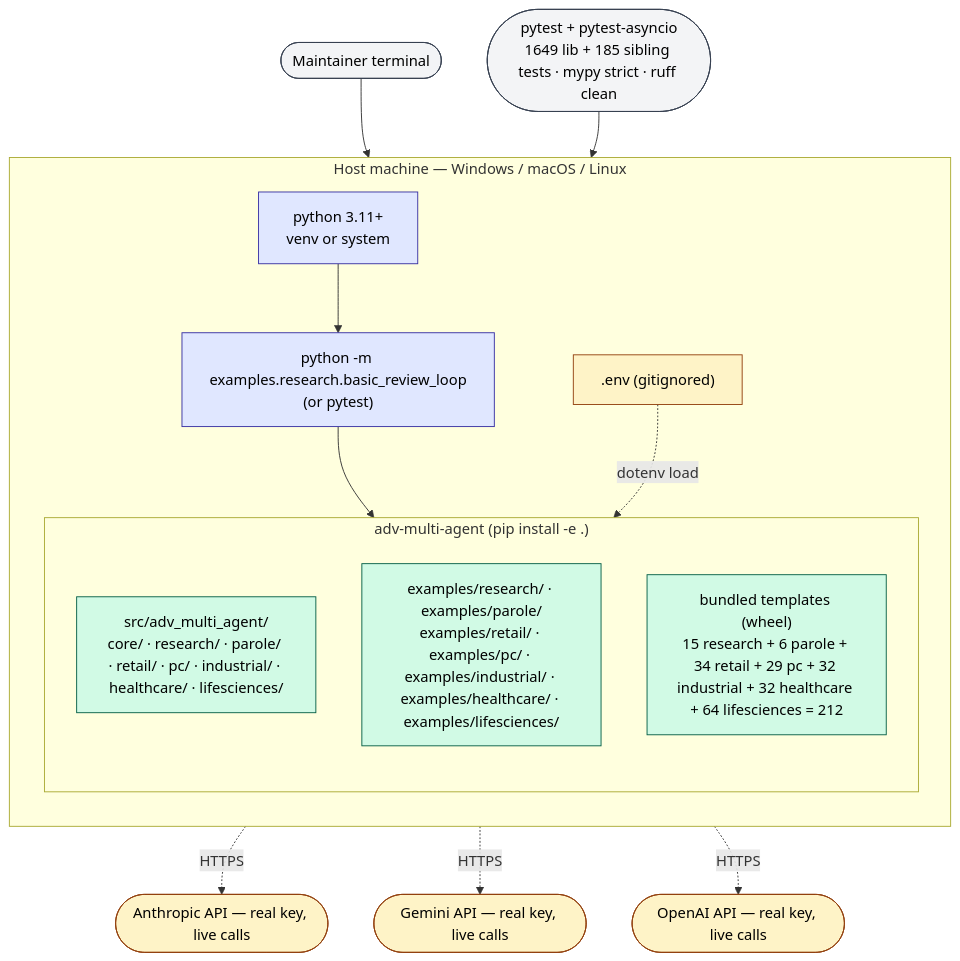
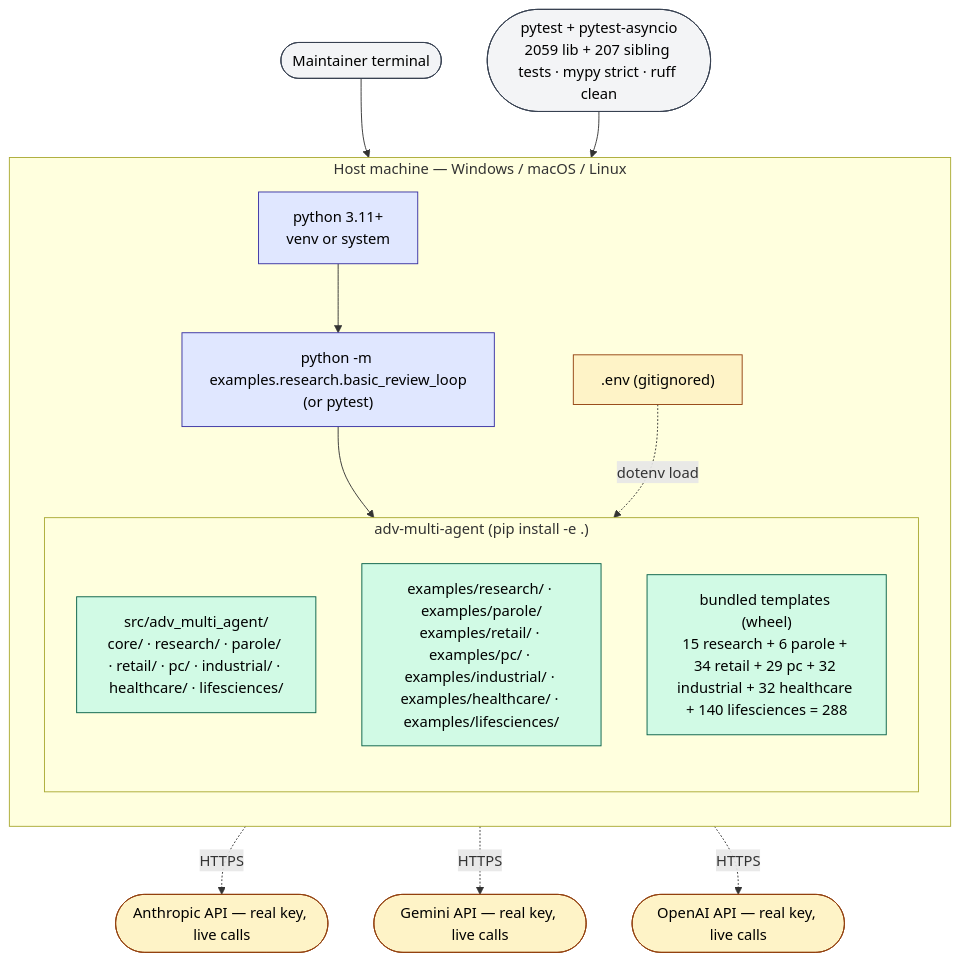
One commit to gmanch94/adversarial-multi-agent-lib changed the second of 2 diagrams in docs/deployment-architecture.md. Above: the diagram before and after it, drawn with Mermaid. The commit also changed other lines of this file and 1 other file, not shown here.

First line of the commit message:
docs: refresh architecture + deployment-architecture to current state [skip ci]

````diff
--- a/docs/deployment-architecture.md
+++ b/docs/deployment-architecture.md
@@ -144,37 +144,37 @@
 ```mermaid
 flowchart TB
     classDef proc fill:#e0e7ff,stroke:#3730a3,color:#000
     classDef lib fill:#d1fae5,stroke:#065f46,color:#000
     classDef ext fill:#fef3c7,stroke:#92400e,color:#000
     classDef user fill:#f3f4f6,stroke:#374151,color:#000
 
     Dev(["Maintainer terminal"]):::user
-    Pyt(["pytest + pytest-asyncio<br/>1649 lib + 185 sibling tests · mypy strict · ruff clean"]):::user
+    Pyt(["pytest + pytest-asyncio<br/>2059 lib + 207 sibling tests · mypy strict · ruff clean"]):::user
 
     subgraph Host["Host machine — Windows / macOS / Linux"]
         direction TB
         Py["python 3.11+<br/>venv or system"]:::proc
         EnvLocal[".env (gitignored)"]:::ext
         Example["python -m examples.research.basic_review_loop<br/>(or pytest)"]:::proc
 
         subgraph Pkg["adv-multi-agent (pip install -e .)"]
             direction TB
             Src["src/adv_multi_agent/<br/>core/ · research/ · parole/ · retail/ · pc/ · industrial/ · healthcare/ · lifesciences/"]:::lib
             Examples["examples/research/ · examples/parole/<br/>examples/retail/ · examples/pc/ · examples/industrial/ · examples/healthcare/ · examples/lifesciences/"]:::lib
-            SkillsDir["bundled templates (wheel)<br/>15 research + 6 parole + 34 retail + 29 pc + 32 industrial + 32 healthcare + 64 lifesciences = 212"]:::lib
+            SkillsDir["bundled templates (wheel)<br/>15 research + 6 parole + 34 retail + 29 pc + 32 industrial + 32 healthcare + 140 lifesciences = 288"]:::lib
         end
     end
 
     Anthro(["Anthropic API — real key, live calls"]):::ext
     GeminiDev(["Gemini API — real key, live calls"]):::ext
     OAI(["OpenAI API — real key, live calls"]):::ext
 
     Dev --> Py
     Pyt --> Py
     Py --> Example
     Example --> Src
     EnvLocal -. dotenv load .-> Src
     Src -. HTTPS .-> Anthro
     Src -. HTTPS .-> GeminiDev
     Src -. HTTPS .-> OAI
 ```
````
